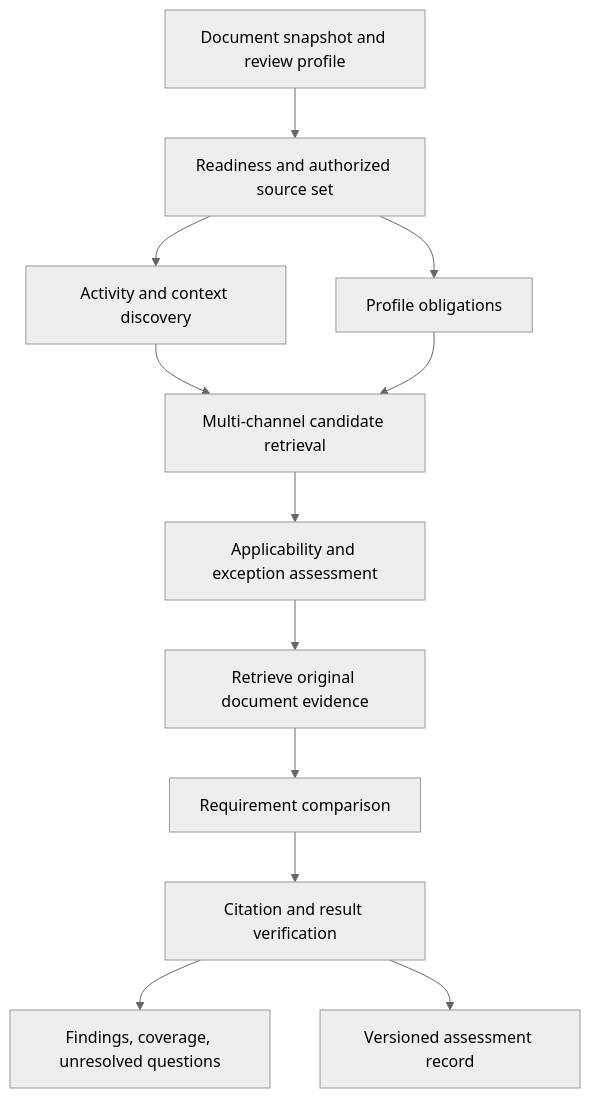
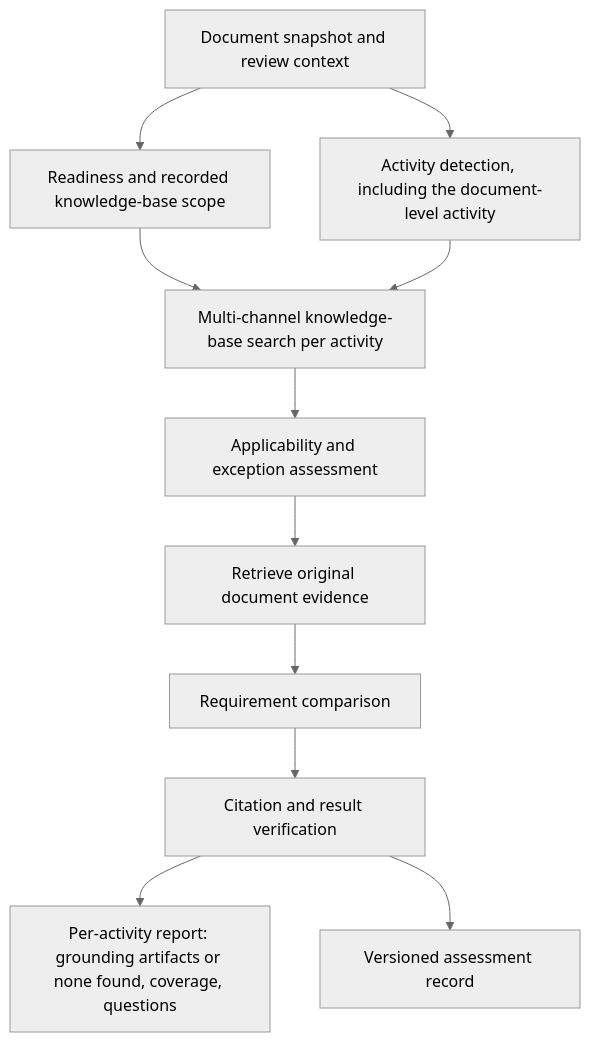
Before and after one commit to chendingplano/KnowledgeStore: the diagram in doc-repo/research/202611/2026111103-rsch-compliance-reviewer.md, drawn with Mermaid (neutral theme). The commit also changed other lines of this file, not shown here.

First line of the commit message:
Make compliance reviewer independent of knowledge-base contents

````diff
--- a/doc-repo/research/202611/2026111103-rsch-compliance-reviewer.md
+++ b/doc-repo/research/202611/2026111103-rsch-compliance-reviewer.md
@@ -252,14 +268,13 @@
 ```mermaid
 flowchart TD
-    A[Document snapshot and review profile] --> B[Readiness and authorized source set]
-    B --> C[Activity and context discovery]
-    B --> D[Profile obligations]
-    C --> E[Multi-channel candidate retrieval]
-    D --> E
+    A[Document snapshot and review context] --> B[Readiness and recorded knowledge-base scope]
+    A --> C[Activity detection, including the document-level activity]
+    B --> E[Multi-channel knowledge-base search per activity]
+    C --> E
     E --> F[Applicability and exception assessment]
     F --> G[Retrieve original document evidence]
     G --> H[Requirement comparison]
     H --> I[Citation and result verification]
-    I --> J[Findings, coverage, unresolved questions]
+    I --> J[Per-activity report: grounding artifacts or none found, coverage, questions]
     I --> K[Versioned assessment record]
 ```
````
